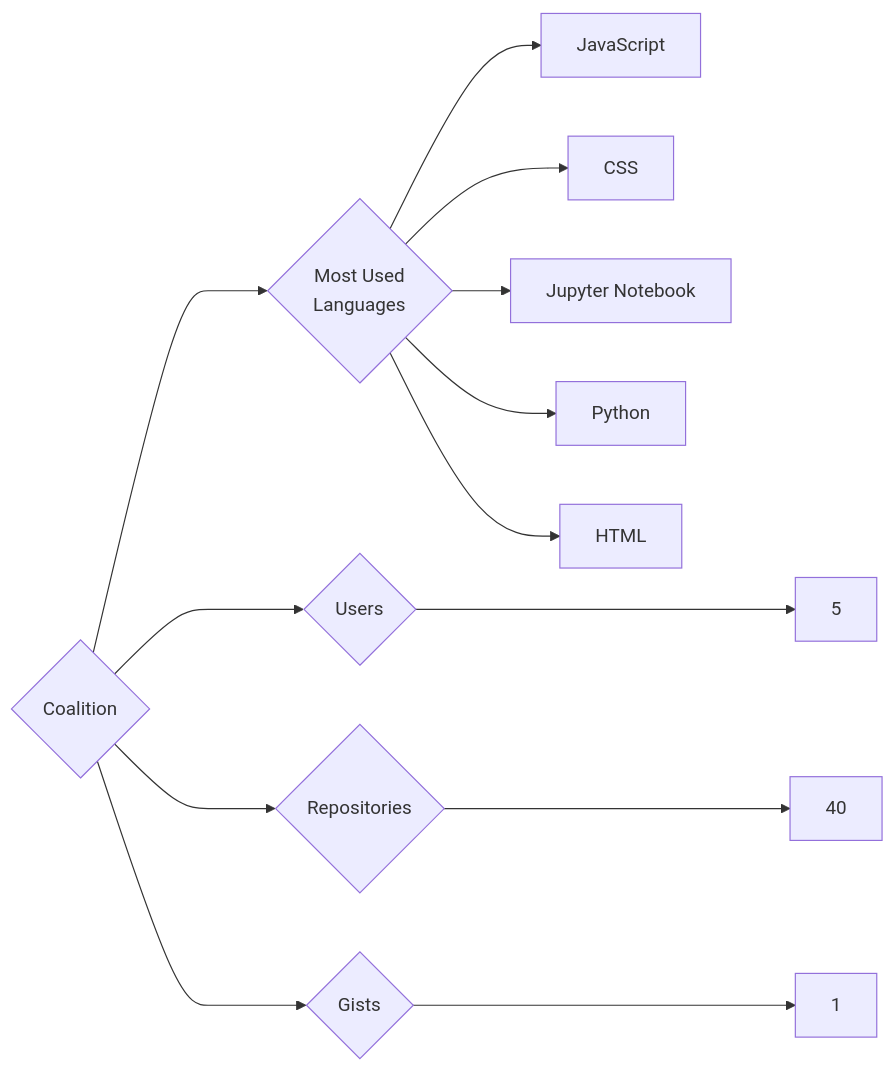
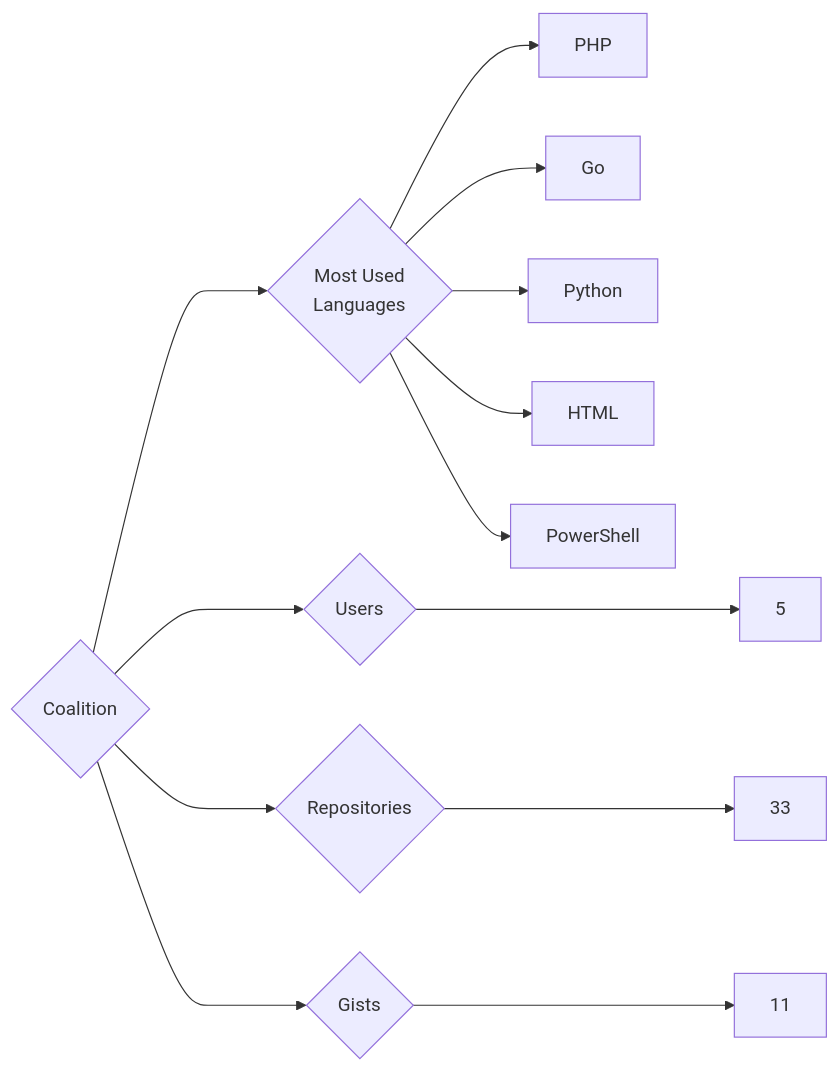
One commit to trickest/insiders changed the diagram in targets/Coalition/README.md. Above: the diagram before and after it, drawn with Mermaid. The commit also changed 782 other files, not shown here.

````diff
--- a/targets/Coalition/README.md
+++ b/targets/Coalition/README.md
@@ -3,13 +3,13 @@
 ```mermaid
 graph LR
 COMPANY_NAME{Coalition}
 COMPANY_NAME ---> U{Users} ---> UN[5]
-COMPANY_NAME ---> R{Repositories} ---> RN[40]
-COMPANY_NAME ---> G{Gists} ---> GN[1]
+COMPANY_NAME ---> R{Repositories} ---> RN[33]
+COMPANY_NAME ---> G{Gists} ---> GN[11]
 COMPANY_NAME ---> ML{Most Used<br>Languages}
-ML --> JavaScript[JavaScript]
-ML --> CSS[CSS]
-ML --> Jupyter_Notebook[Jupyter Notebook]
+ML --> PHP[PHP]
+ML --> Go[Go]
 ML --> Python[Python]
 ML --> HTML[HTML]
+ML --> PowerShell[PowerShell]
 ```
````
